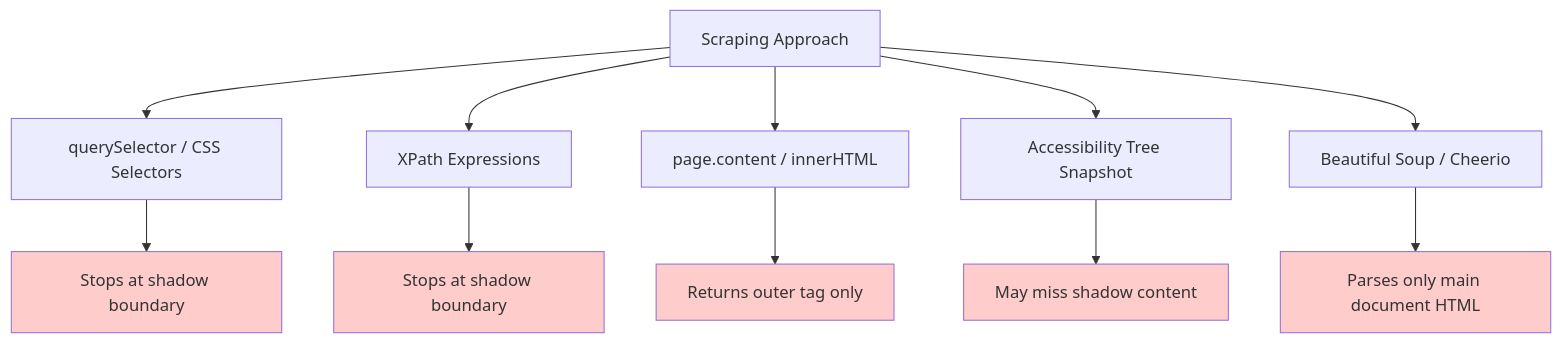
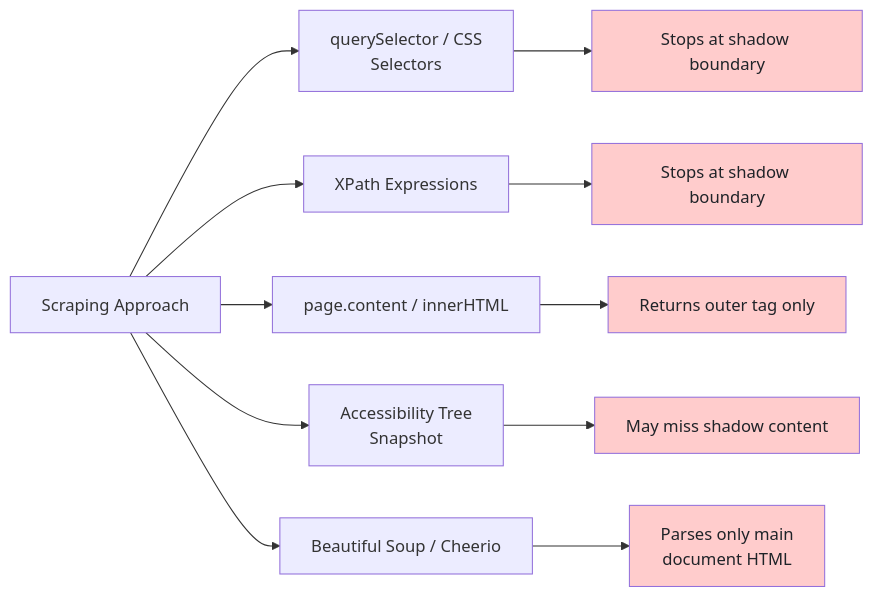
Before and after one commit to bytetunnels/bytetunnels.github.com: the second of 3 diagrams in _posts/2026-02-27-shadow-dom-the-silent-killer-of-ai-web-scraping.md, drawn with Mermaid. The commit also changed other lines of this file and 118 other files, not shown here.

Commit message:
feat: improve diagram styling and compact wide flowcharts

````diff
--- a/_posts/2026-02-27-shadow-dom-the-silent-killer-of-ai-web-scraping.md
+++ b/_posts/2026-02-27-shadow-dom-the-silent-killer-of-ai-web-scraping.md
@@ -94,20 +94,20 @@
 ```mermaid
-flowchart TD
-    A["Scraping Approach"] --> B["querySelector / CSS Selectors"]
+flowchart LR
+    A["Scraping Approach"] --> B["querySelector / CSS<br/>Selectors"]
     A --> C["XPath Expressions"]
     A --> D["page.content / innerHTML"]
-    A --> E["Accessibility Tree Snapshot"]
+    A --> E["Accessibility Tree<br/>Snapshot"]
     A --> F["Beautiful Soup / Cheerio"]
 
     B --> G["Stops at shadow boundary"]
     C --> H["Stops at shadow boundary"]
     D --> I["Returns outer tag only"]
     E --> J["May miss shadow content"]
-    F --> K["Parses only main document HTML"]
+    F --> K["Parses only main<br/>document HTML"]
 
-    style G fill:#ffcccc
-    style H fill:#ffcccc
-    style I fill:#ffcccc
-    style J fill:#ffcccc
-    style K fill:#ffcccc
+    style G fill:#ffcccc,color:#1f2328
+    style H fill:#ffcccc,color:#1f2328
+    style I fill:#ffcccc,color:#1f2328
+    style J fill:#ffcccc,color:#1f2328
+    style K fill:#ffcccc,color:#1f2328
 ```
````
